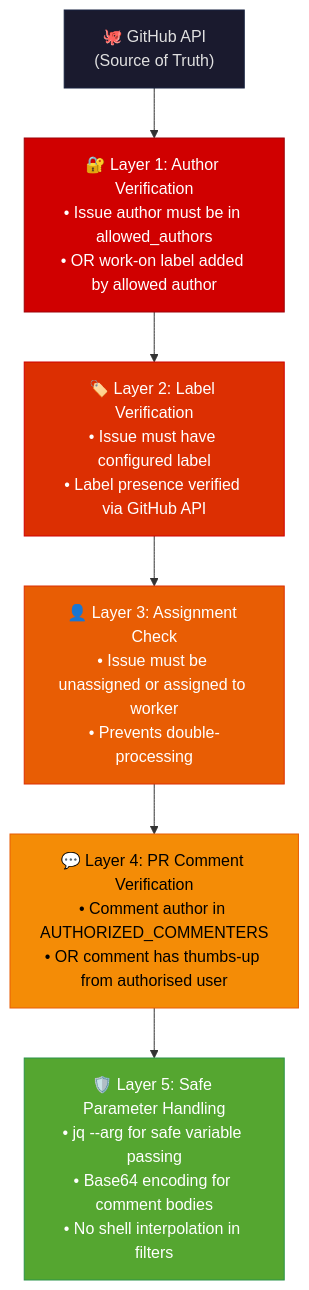
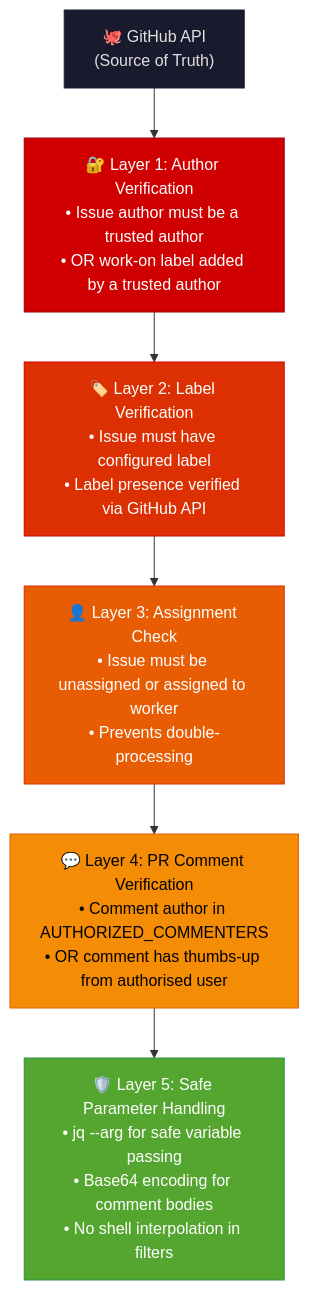
Before and after one commit to stSoftwareAU/VibeCoder: the first of 9 diagrams in SECURITY.md, drawn with Mermaid. The commit also changed other lines of this file and 7 other files, not shown here.

First line of the commit message:
docs: GitHub-derived authorised-author allowlists (Issue #255)

````diff
--- a/SECURITY.md
+++ b/SECURITY.md
@@ -62,18 +62,18 @@
 ```mermaid
 flowchart TD
     API["🐙 GitHub API\n(Source of Truth)"]
-    L1["🔐 Layer 1: Author Verification\n• Issue author must be in allowed_authors\n• OR work-on label added by allowed author"]
+    L1["🔐 Layer 1: Author Verification\n• Issue author must be a trusted author\n• OR work-on label added by a trusted author"]
     L2["🏷️ Layer 2: Label Verification\n• Issue must have configured label\n• Label presence verified via GitHub API"]
     L3["👤 Layer 3: Assignment Check\n• Issue must be unassigned or assigned to worker\n• Prevents double-processing"]
     L4["💬 Layer 4: PR Comment Verification\n• Comment author in AUTHORIZED_COMMENTERS\n• OR comment has thumbs-up from authorised user"]
     L5["🛡️ Layer 5: Safe Parameter Handling\n• jq --arg for safe variable passing\n• Base64 encoding for comment bodies\n• No shell interpolation in filters"]
 
     API --> L1 --> L2 --> L3 --> L4 --> L5
 
     style API fill:#1a1a2e,stroke:#16213e,color:#e0e0e0
     style L1 fill:#d00000,stroke:#9d0208,color:#fff
     style L2 fill:#dc2f02,stroke:#d00000,color:#fff
     style L3 fill:#e85d04,stroke:#dc2f02,color:#fff
     style L4 fill:#f48c06,stroke:#e85d04,color:#000
     style L5 fill:#55a630,stroke:#2b9348,color:#fff
 ```
````
